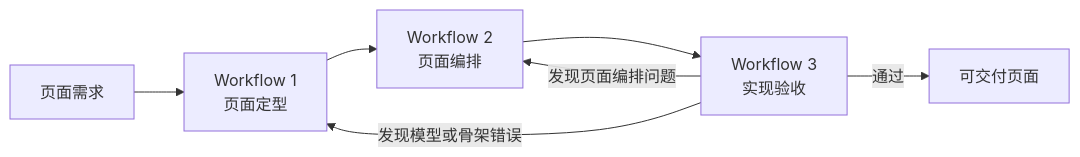
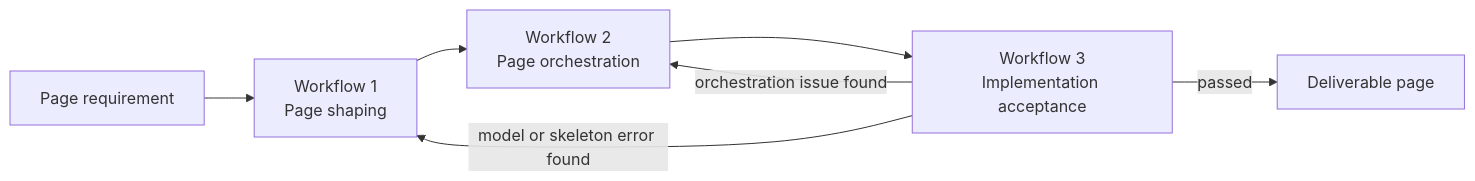
The first of 4 diagrams in fe-page-guide-antd.md (alswl/guides), drawn with Mermaid before and after one commit. The commit also changed other lines of this file and 58 other files, not shown here.

````diff
--- a/fe-page-guide-antd.md
+++ b/fe-page-guide-antd.md
@@ -33,9 +35,9 @@
 ```mermaid
 flowchart LR
-    R[页面需求] --> W1[Workflow 1<br/>页面定型]
-    W1 --> W2[Workflow 2<br/>页面编排]
-    W2 --> W3[Workflow 3<br/>实现验收]
-    W3 -->|发现页面编排问题| W2
-    W3 -->|发现模型或骨架错误| W1
-    W3 -->|通过| O[可交付页面]
+    R[Page requirement] --> W1[Workflow 1<br/>Page shaping]
+    W1 --> W2[Workflow 2<br/>Page orchestration]
+    W2 --> W3[Workflow 3<br/>Implementation acceptance]
+    W3 -->|orchestration issue found| W2
+    W3 -->|model or skeleton error found| W1
+    W3 -->|passed| O[Deliverable page]
 ```
````
